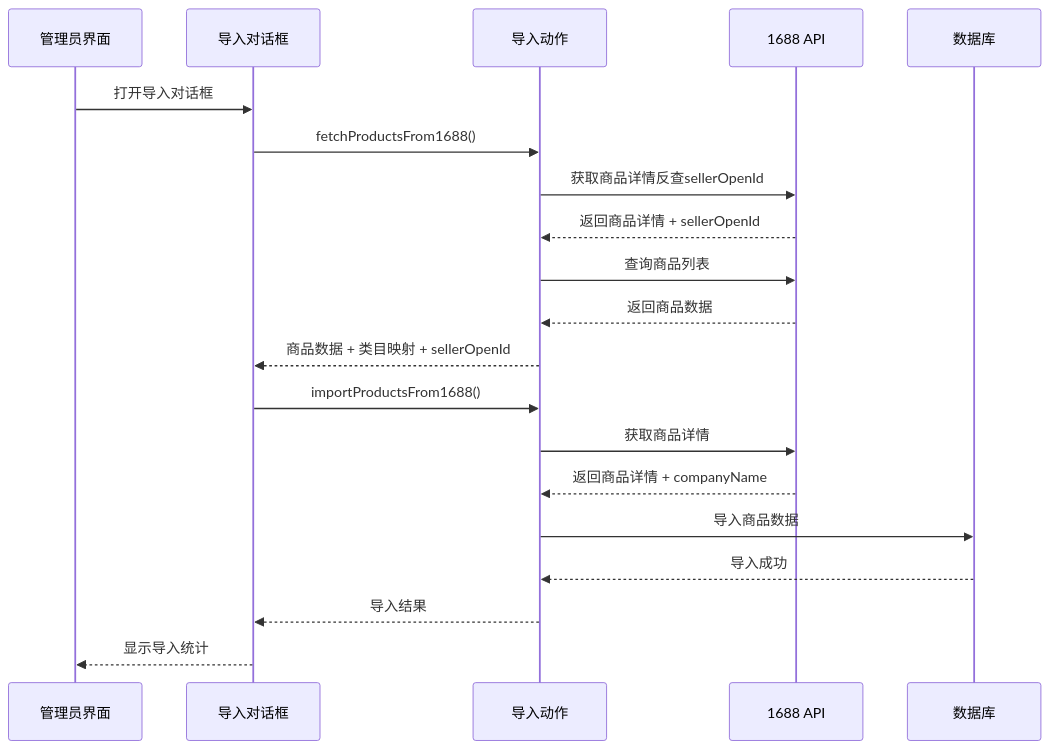
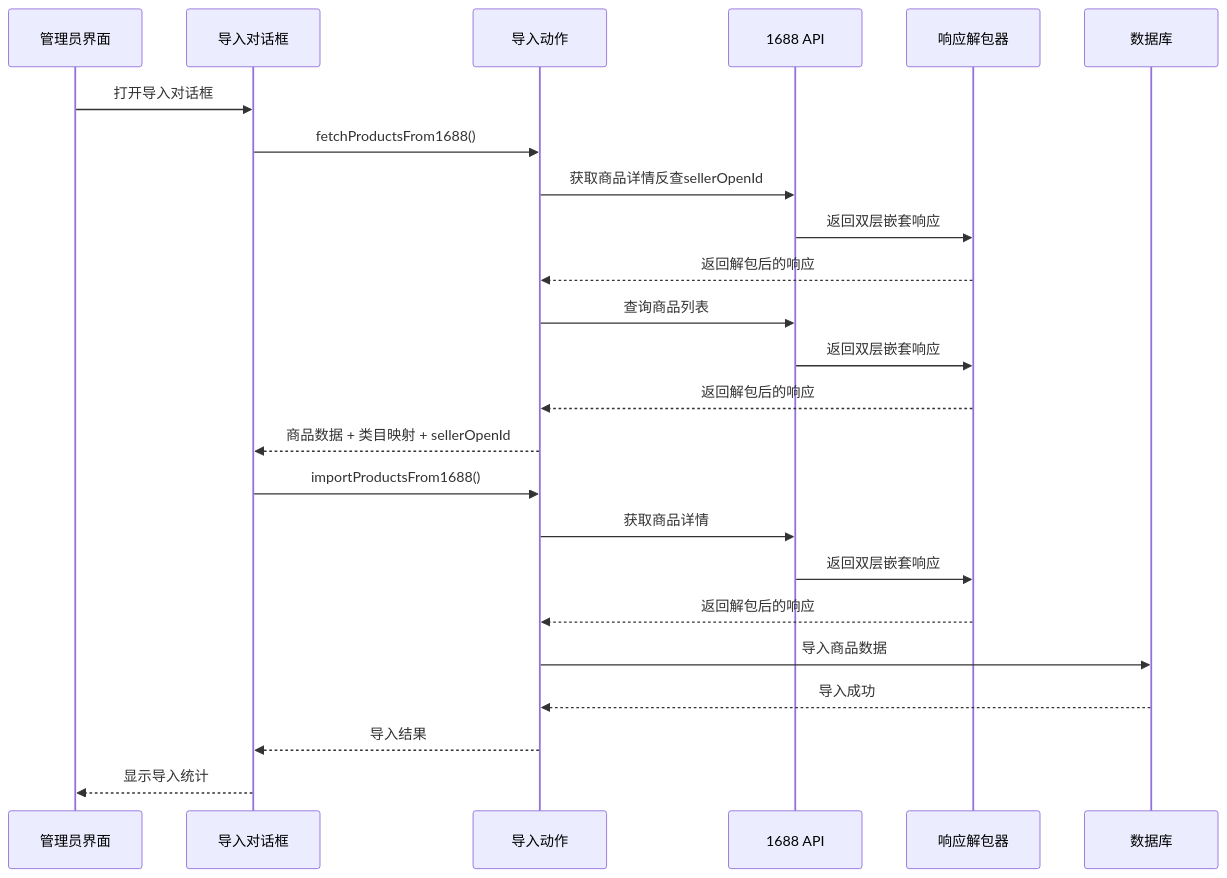
The fifth of 10 diagrams in .qoder/repowiki/zh/content/管理后台系统/1688集成系统.md (three3638-arch/celestia_2b), drawn with Mermaid before and after one commit. The commit also changed other lines of this file and 9 other files, not shown here.

````diff
--- a/.qoder/repowiki/zh/content/管理后台系统/1688集成系统.md
+++ b/.qoder/repowiki/zh/content/管理后台系统/1688集成系统.md
@@ -198,22 +230,26 @@
 ```mermaid
 sequenceDiagram
 participant Admin as 管理员界面
 participant Dialog as 导入对话框
 participant Action as 导入动作
 participant API as 1688 API
+participant Unwrapper as 响应解包器
 participant DB as 数据库
 Admin->>Dialog : 打开导入对话框
 Dialog->>Action : fetchProductsFrom1688()
 Action->>API : 获取商品详情反查sellerOpenId
-API-->>Action : 返回商品详情 + sellerOpenId
+API->>Unwrapper : 返回双层嵌套响应
+Unwrapper-->>Action : 返回解包后的响应
 Action->>API : 查询商品列表
-API-->>Action : 返回商品数据
+API->>Unwrapper : 返回双层嵌套响应
+Unwrapper-->>Action : 返回解包后的响应
 Action-->>Dialog : 商品数据 + 类目映射 + sellerOpenId
 Dialog->>Action : importProductsFrom1688()
 Action->>API : 获取商品详情
-API-->>Action : 返回商品详情 + companyName
+API->>Unwrapper : 返回双层嵌套响应
+Unwrapper-->>Action : 返回解包后的响应
 Action->>DB : 导入商品数据
 DB-->>Action : 导入成功
 Action-->>Dialog : 导入结果
 Dialog-->>Admin : 显示导入统计
 ```
````
